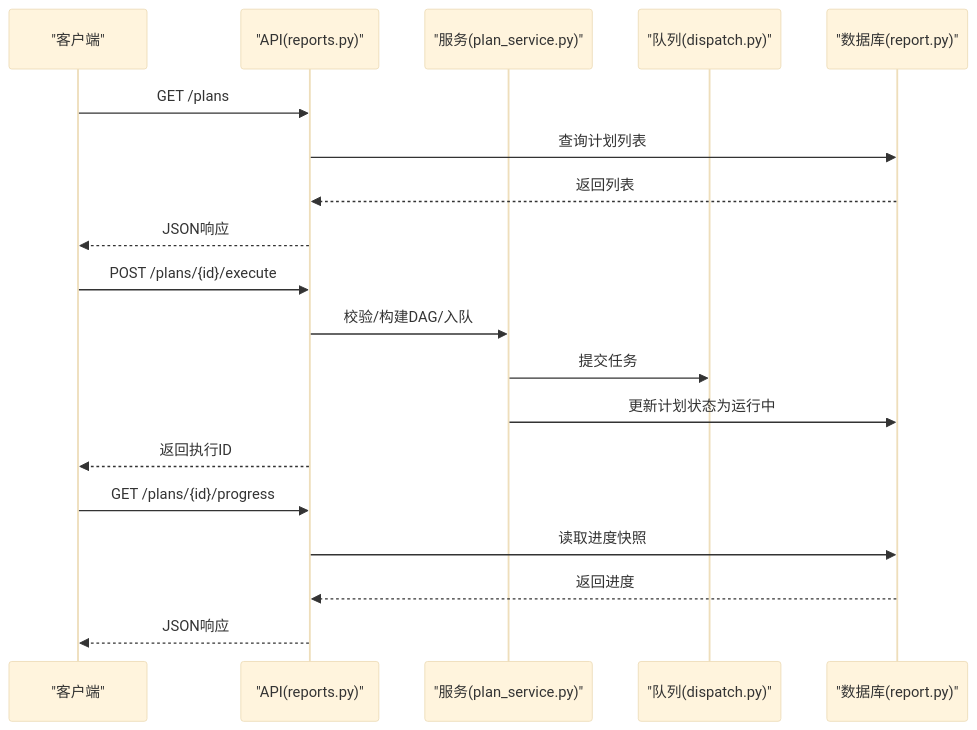
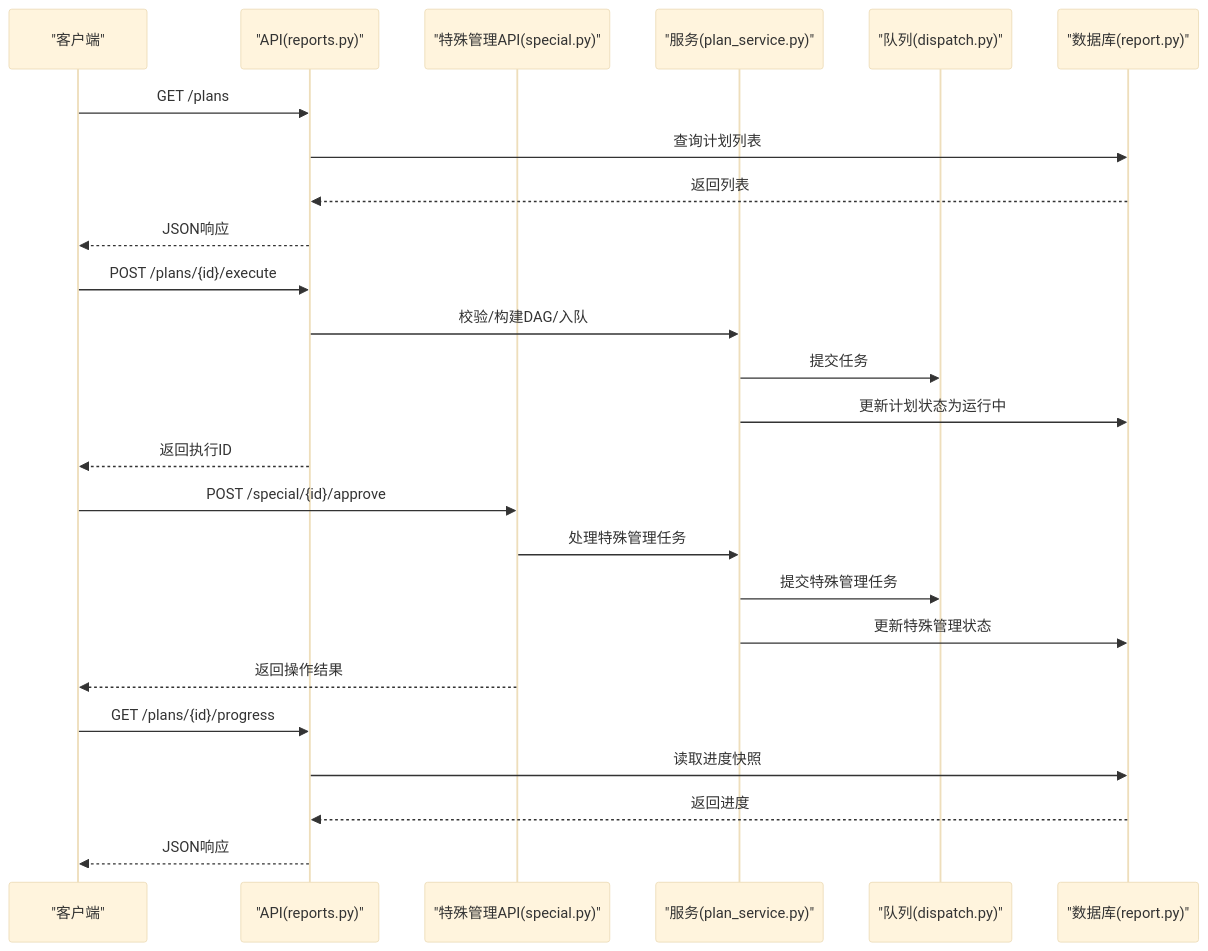
Before and after one commit to vu1Art1st/talos: the fifth of 7 diagrams in .qoder/repowiki/zh/content/业务服务层/测试计划服务.md, drawn with Mermaid (base theme). The commit also changed other lines of this file and 129 other files, not shown here.

````diff
--- a/.qoder/repowiki/zh/content/业务服务层/测试计划服务.md
+++ b/.qoder/repowiki/zh/content/业务服务层/测试计划服务.md
@@ -226,21 +267,27 @@
 ```mermaid
 sequenceDiagram
 participant C as "客户端"
 participant A as "API(reports.py)"
+participant AS as "特殊管理API(special.py)"
 participant S as "服务(plan_service.py)"
 participant Q as "队列(dispatch.py)"
 participant D as "数据库(report.py)"
 C->>A : GET /plans
 A->>D : 查询计划列表
 D-->>A : 返回列表
 A-->>C : JSON响应
 C->>A : POST /plans/{id}/execute
 A->>S : 校验/构建DAG/入队
 S->>Q : 提交任务
 S->>D : 更新计划状态为运行中
 A-->>C : 返回执行ID
+C->>AS : POST /special/{id}/approve
+AS->>S : 处理特殊管理任务
+S->>Q : 提交特殊管理任务
+S->>D : 更新特殊管理状态
+AS-->>C : 返回操作结果
 C->>A : GET /plans/{id}/progress
 A->>D : 读取进度快照
 D-->>A : 返回进度
 A-->>C : JSON响应
 ```
````
